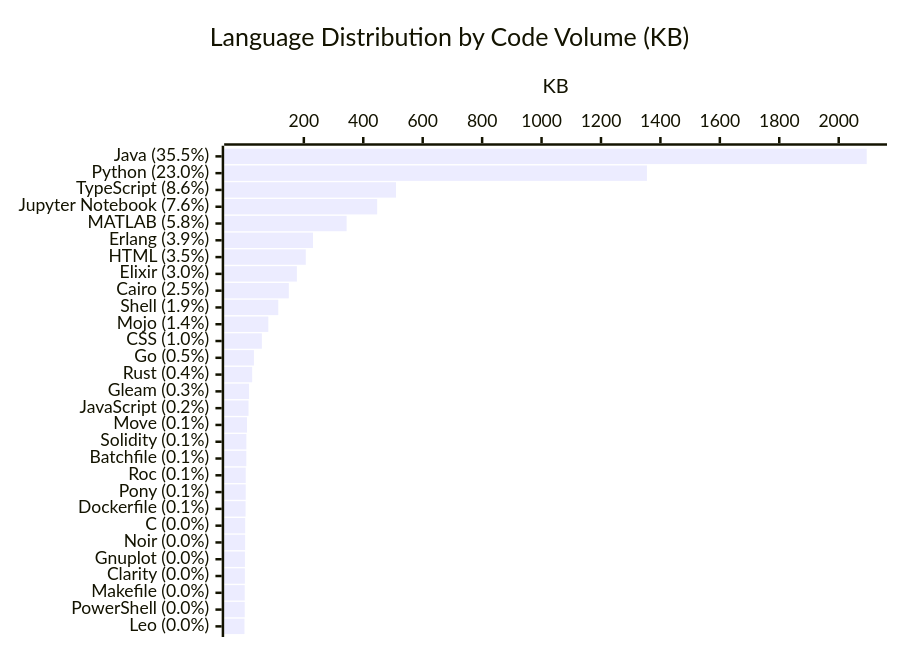
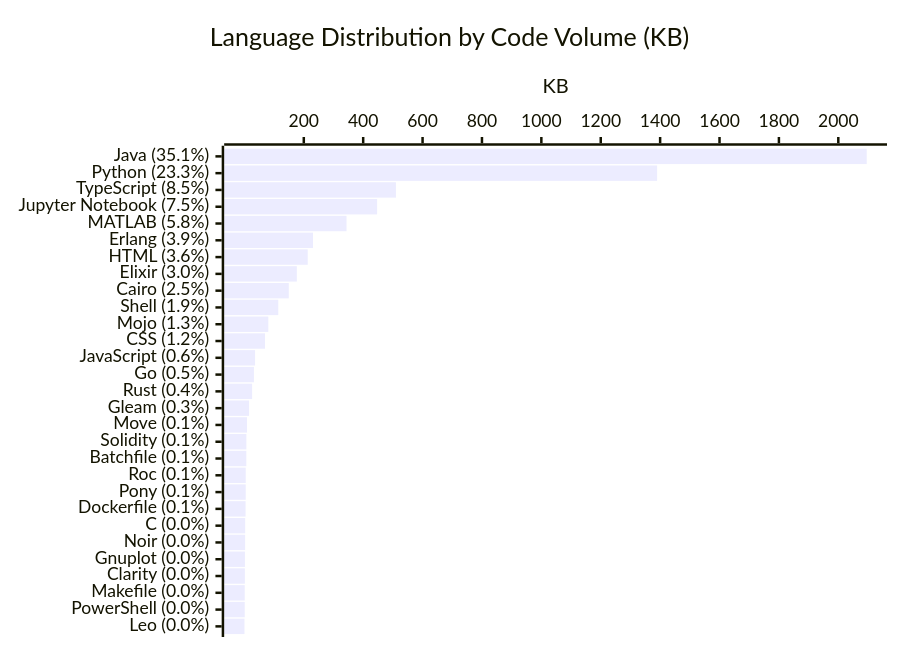
One commit to KathiraveluLab/.github changed the diagram in profile/README.md. Above: the diagram before and after it, drawn with Mermaid. The commit also changed other lines of this file and 1 other file, not shown here.

````diff
--- a/profile/README.md
+++ b/profile/README.md
@@ -65,7 +66,7 @@
 ```mermaid
 xychart-beta horizontal
     title "Language Distribution by Code Volume (KB)"
-    x-axis ["Java (35.5%)", "Python (23.0%)", "TypeScript (8.6%)", "Jupyter Notebook (7.6%)", "MATLAB (5.8%)", "Erlang (3.9%)", "HTML (3.5%)", "Elixir (3.0%)", "Cairo (2.5%)", "Shell (1.9%)", "Mojo (1.4%)", "CSS (1.0%)", "Go (0.5%)", "Rust (0.4%)", "Gleam (0.3%)", "JavaScript (0.2%)", "Move (0.1%)", "Solidity (0.1%)", "Batchfile (0.1%)", "Roc (0.1%)", "Pony (0.1%)", "Dockerfile (0.1%)", "C (0.0%)", "Noir (0.0%)", "Gnuplot (0.0%)", "Clarity (0.0%)", "Makefile (0.0%)", "PowerShell (0.0%)", "Leo (0.0%)"]
+    x-axis ["Java (35.1%)", "Python (23.3%)", "TypeScript (8.5%)", "Jupyter Notebook (7.5%)", "MATLAB (5.8%)", "Erlang (3.9%)", "HTML (3.6%)", "Elixir (3.0%)", "Cairo (2.5%)", "Shell (1.9%)", "Mojo (1.3%)", "CSS (1.2%)", "JavaScript (0.6%)", "Go (0.5%)", "Rust (0.4%)", "Gleam (0.3%)", "Move (0.1%)", "Solidity (0.1%)", "Batchfile (0.1%)", "Roc (0.1%)", "Pony (0.1%)", "Dockerfile (0.1%)", "C (0.0%)", "Noir (0.0%)", "Gnuplot (0.0%)", "Clarity (0.0%)", "Makefile (0.0%)", "PowerShell (0.0%)", "Leo (0.0%)"]
     y-axis "KB"
-    bar [2094.22, 1354.67, 510.29, 446.9, 343.93, 230.94, 206.6, 176.6, 149.42, 114.03, 80.48, 58.73, 32.03, 26.08, 15.66, 13.89, 8.83, 6.65, 6.48, 4.5, 4.41, 4.0, 2.58, 2.46, 1.82, 1.53, 1.02, 1.02, 0.27]
+    bar [2095.63, 1389.82, 510.29, 446.9, 343.93, 230.94, 213.23, 176.6, 149.42, 114.03, 80.48, 69.42, 35.92, 32.03, 26.08, 15.66, 8.83, 6.65, 6.48, 4.5, 4.41, 4.0, 2.58, 2.46, 1.82, 1.53, 1.02, 1.02, 0.27]
 ```
````
